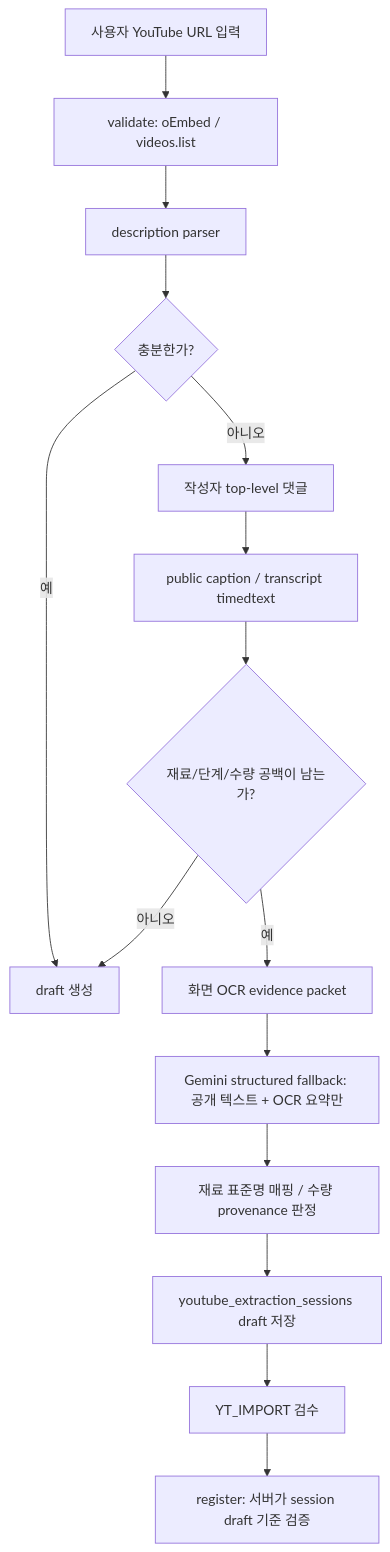
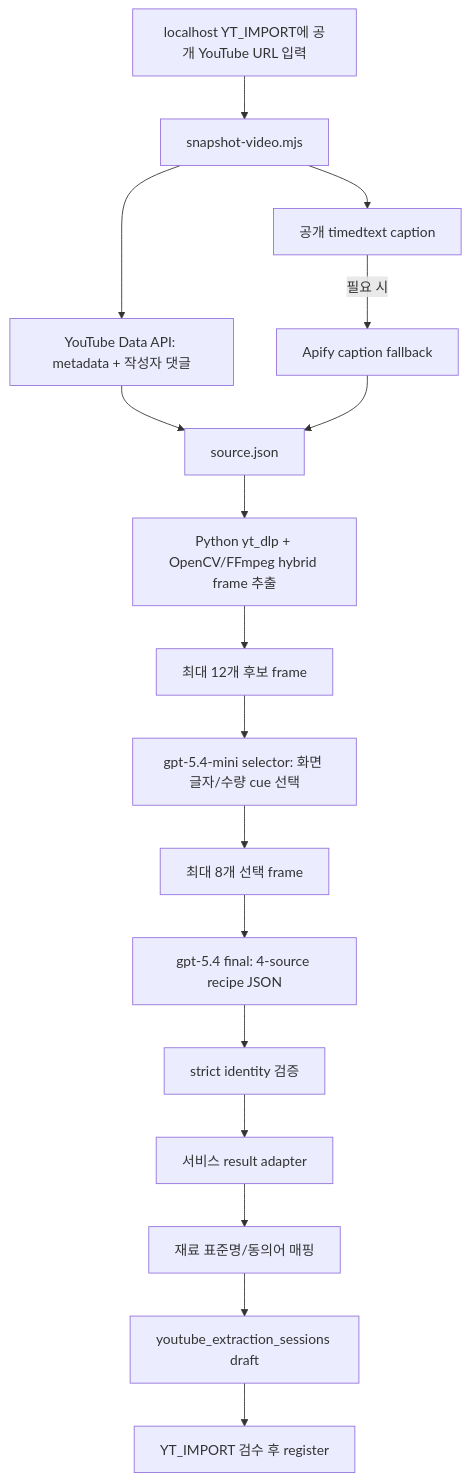
Before and after one commit to netsus/homecook: the diagram in docs/engineering/youtube-codex-vision-ocr-production-integration-plan.md, drawn with Mermaid. The commit also changed other lines of this file and 1 other file, not shown here.

First line of the commit message:
docs: require exact i031 evidence before service integration

````diff
--- a/docs/engineering/youtube-codex-vision-ocr-production-integration-plan.md
+++ b/docs/engineering/youtube-codex-vision-ocr-production-integration-plan.md
@@ -106,17 +202,19 @@
 ```mermaid
 flowchart TD
-  A["사용자 YouTube URL 입력"] --> B["validate: oEmbed / videos.list"]
-  B --> C["description parser"]
-  C --> D{"충분한가?"}
-  D -- "예" --> H["draft 생성"]
-  D -- "아니오" --> E["작성자 top-level 댓글"]
-  E --> F["public caption / transcript timedtext"]
-  F --> G{"재료/단계/수량 공백이 남는가?"}
-  G -- "아니오" --> H
-  G -- "예" --> I["화면 OCR evidence packet"]
-  I --> J["Gemini structured fallback: 공개 텍스트 + OCR 요약만"]
-  J --> K["재료 표준명 매핑 / 수량 provenance 판정"]
-  K --> L["youtube_extraction_sessions draft 저장"]
-  L --> M["YT_IMPORT 검수"]
-  M --> N["register: 서버가 session draft 기준 검증"]
+  A["localhost YT_IMPORT에 공개 YouTube URL 입력"] --> B["snapshot-video.mjs"]
+  B --> C["YouTube Data API: metadata + 작성자 댓글"]
+  B --> D["공개 timedtext caption"]
+  D -->|필요 시| E["Apify caption fallback"]
+  C --> F["source.json"]
+  E --> F
+  F --> G["Python yt_dlp + OpenCV/FFmpeg hybrid frame 추출"]
+  G --> H["최대 12개 후보 frame"]
+  H --> I["gpt-5.4-mini selector: 화면 글자/수량 cue 선택"]
+  I --> J["최대 8개 선택 frame"]
+  J --> K["gpt-5.4 final: 4-source recipe JSON"]
+  K --> L["strict identity 검증"]
+  L --> M["서비스 result adapter"]
+  M --> N["재료 표준명/동의어 매핑"]
+  N --> O["youtube_extraction_sessions draft"]
+  O --> P["YT_IMPORT 검수 후 register"]
 ```
````
